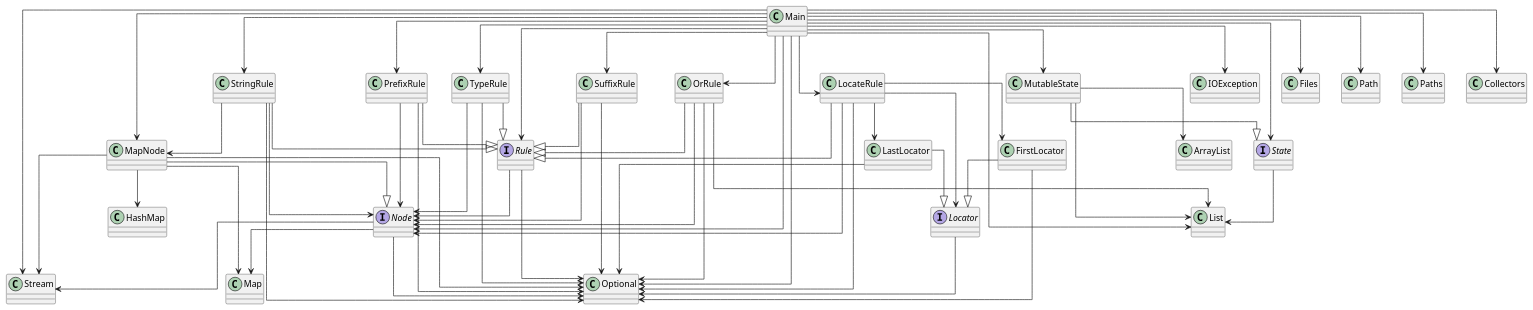
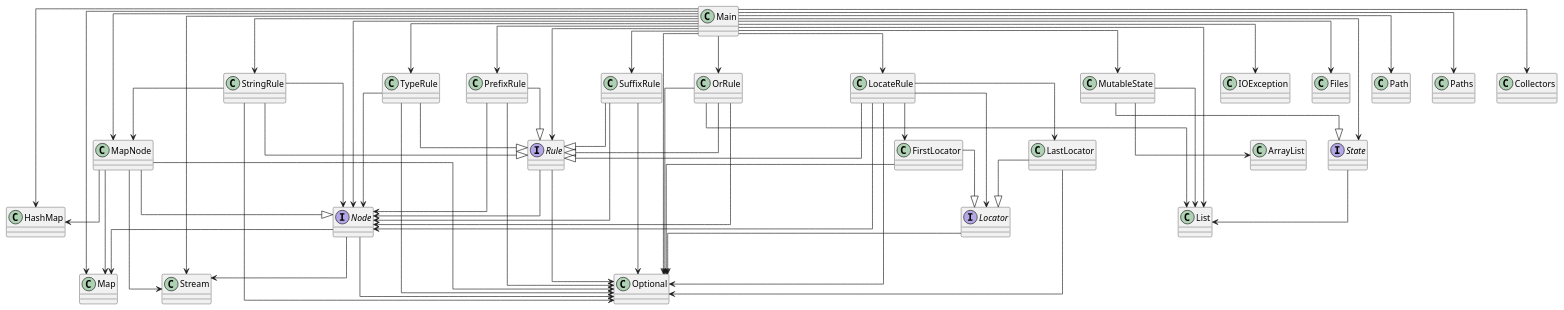
One commit to SirMathhman/Magma changed the diagram in diagram.puml. Above: the diagram before and after it, drawn with PlantUML. The commit also changed 1 other file, not shown here.

```diff
--- a/diagram.puml
+++ b/diagram.puml
@@ -1,79 +1,81 @@
 @startuml
 skinparam linetype ortho
-Node --> Map
-Node --> Optional
-Node --> Stream
-interface Node
-Rule --> Node
-Rule --> Optional
-interface Rule
 StringRule --> MapNode
 StringRule --> Node
 StringRule --> Optional
 class StringRule
 StringRule --|> Rule
-Locator --> Optional
-interface Locator
 PrefixRule --> Node
 PrefixRule --> Optional
 class PrefixRule
 PrefixRule --|> Rule
-FirstLocator --> Optional
-class FirstLocator
-FirstLocator --|> Locator
 OrRule --> Node
 OrRule --> List
 OrRule --> Optional
 class OrRule
 OrRule --|> Rule
+LastLocator --> Optional
+class LastLocator
+LastLocator --|> Locator
+Node --> Map
+Node --> Optional
+Node --> Stream
+interface Node
+MapNode --> HashMap
+MapNode --> Map
+MapNode --> Optional
+MapNode --> Stream
+class MapNode
+MapNode --|> Node
+Locator --> Optional
+interface Locator
+MutableState --> ArrayList
+MutableState --> List
+class MutableState
+MutableState --|> State
+SuffixRule --> Node
+SuffixRule --> Optional
+class SuffixRule
+SuffixRule --|> Rule
+State --> List
+interface State
+FirstLocator --> Optional
+class FirstLocator
+FirstLocator --|> Locator
+Rule --> Node
+Rule --> Optional
+interface Rule
 LocateRule --> FirstLocator
 LocateRule --> LastLocator
 LocateRule --> Locator
 LocateRule --> Node
 LocateRule --> Optional
 class LocateRule
 LocateRule --|> Rule
-MutableState --> ArrayList
-MutableState --> List
-class MutableState
-MutableState --|> State
 Main --> LocateRule
 Main --> MutableState
 Main --> OrRule
 Main --> PrefixRule
 Main --> Rule
 Main --> State
 Main --> StringRule
 Main --> SuffixRule
 Main --> TypeRule
 Main --> MapNode
 Main --> Node
 Main --> IOException
 Main --> Files
 Main --> Path
 Main --> Paths
+Main --> HashMap
 Main --> List
+Main --> Map
 Main --> Optional
 Main --> Collectors
 Main --> Stream
 class Main
-MapNode --> HashMap
-MapNode --> Map
-MapNode --> Optional
-MapNode --> Stream
-class MapNode
-MapNode --|> Node
 TypeRule --> Node
 TypeRule --> Optional
 class TypeRule
 TypeRule --|> Rule
-SuffixRule --> Node
-SuffixRule --> Optional
-class SuffixRule
-SuffixRule --|> Rule
-LastLocator --> Optional
-class LastLocator
-LastLocator --|> Locator
-State --> List
-interface State
 @enduml
```
